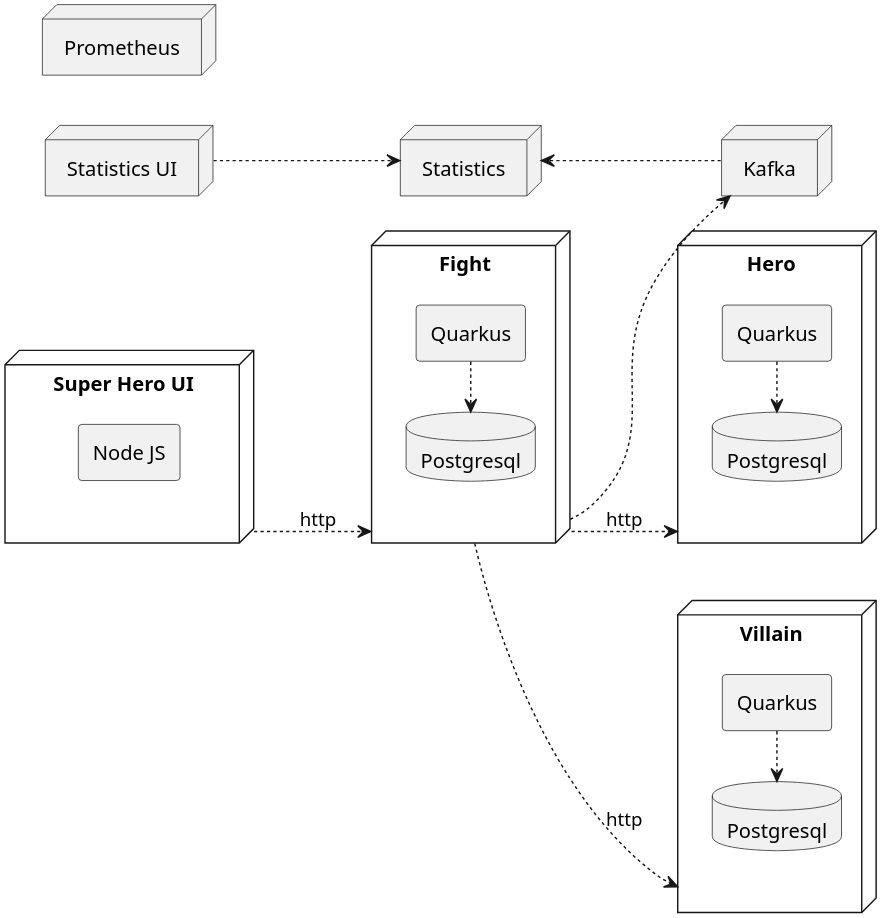
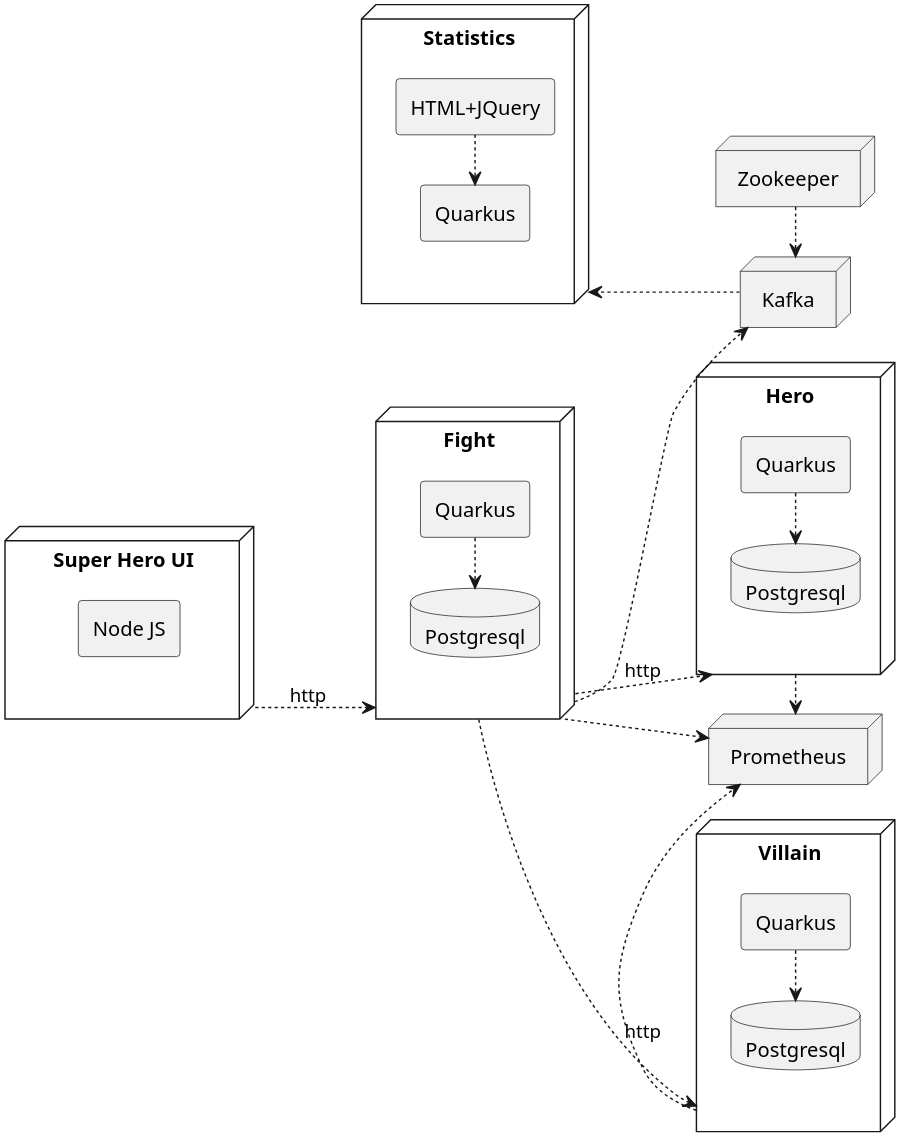
Before and after one commit to quarkusio/quarkus-workshops: the diagram in quarkus-workshop-super-heroes/docs/src/main/plantuml/introduction-physical-architecture.puml, drawn with PlantUML.

```diff
--- a/quarkus-workshop-super-heroes/docs/src/main/plantuml/introduction-physical-architecture.puml
+++ b/quarkus-workshop-super-heroes/docs/src/main/plantuml/introduction-physical-architecture.puml
@@ -1,48 +1,54 @@
 @startuml
 skinparam dpi 300
 allow_mixing
 
 left to right direction
 
-node "Prometheus" as prom {
+node "Prometheus" as prometheus {
 }
 
 node "Super Hero UI" as ui {
     agent "Node JS" as uiNodejs
-}
-
-node "Statistics UI" as admin {
 }
 
 node "Hero" as hero {
     agent "Quarkus" as heroQuarkus
     database "Postgresql" as heroPostgresql
     heroQuarkus .up> heroPostgresql
 }
 
 node "Villain" as villain {
     agent "Quarkus" as villainQuarkus
     database "Postgresql" as villainPostgresql
     villainQuarkus .up> villainPostgresql
 }
 
 node "Fight" as fight {
     agent "Quarkus" as fightQuarkus
     database "Postgresql" as fightPostgresql
     fightQuarkus .up> fightPostgresql
 }
 
 node "Statistics" as stat {
-    agent "Quarkus" as fightQuarkus
+    agent "HTML+JQuery" as statUI
+    agent "Quarkus" as statQuarkus
+    statUI .up> statQuarkus
 }
 
 node "Kafka" as kafka {
 }
 
+node "Zookeeper" as zookeeper {
+}
+
 stat <.. kafka
 ui ..> fight : http
-admin ..> stat
 fight ..> kafka
+zookeeper .> kafka
 fight ..> hero : http
 fight ..> villain : http
+
+fight .down.> prometheus
+hero .> prometheus
+villain .> prometheus
 @enduml
```
